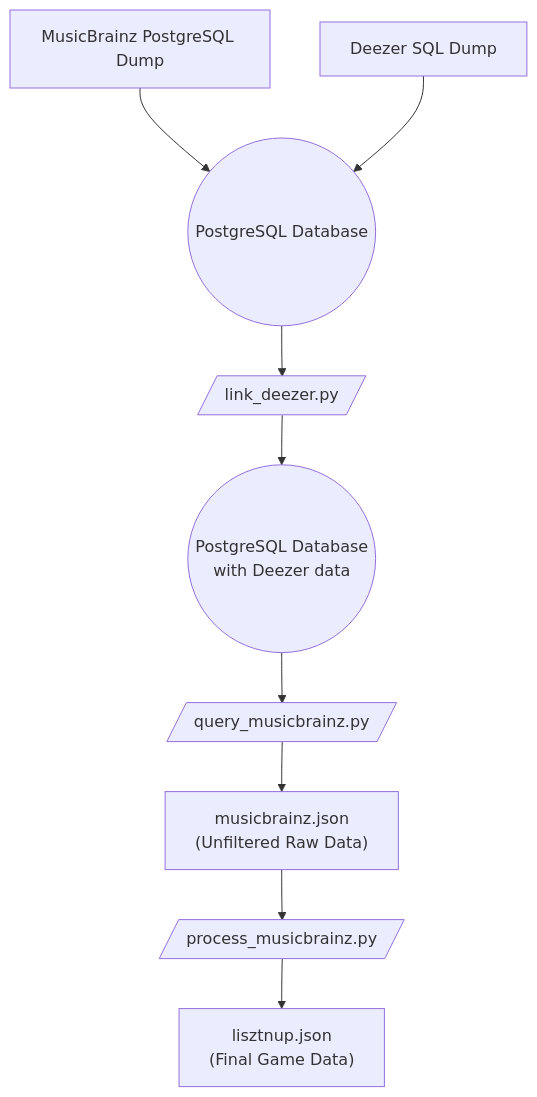
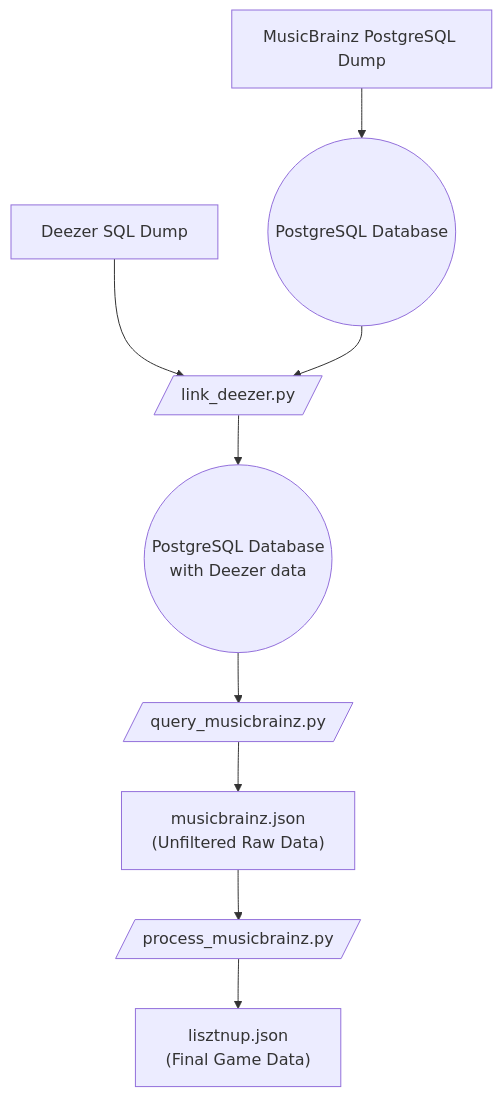
Before and after one commit to jacbz/lisztnup: the diagram in data/README.md, drawn with Mermaid. The commit also changed other lines of this file and 2 other files, not shown here.

````diff
--- a/data/README.md
+++ b/data/README.md
@@ -36,17 +32,17 @@
 ```mermaid
 flowchart TD
     MB[MusicBrainz PostgreSQL Dump]
     DZ[Deezer SQL Dump]
     DB((PostgreSQL Database))
     DB2((PostgreSQL Database<br/>with Deezer data))
     LINK[/link_deezer.py/]
     QUERY[/query_musicbrainz.py/]
     RAW["musicbrainz.json<br/>(Unfiltered Raw Data)"]
     PROCESS[/process_musicbrainz.py/]
     FINAL["lisztnup.json<br/>(Final Game Data)"]
 
     MB --> DB
-    DZ --> DB
+    DZ --> LINK
     DB --> LINK --> DB2
     DB2 --> QUERY --> RAW --> PROCESS --> FINAL
 ```
````
